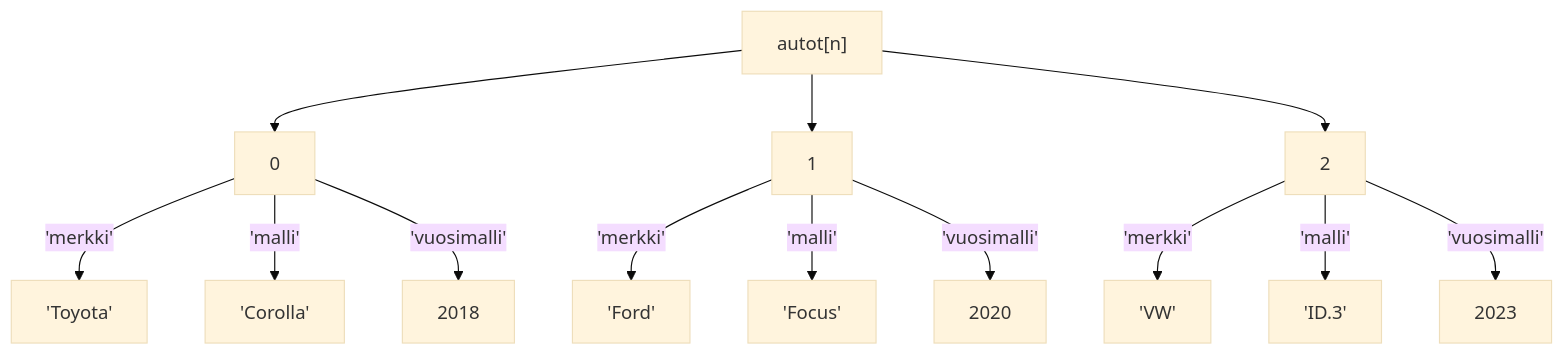
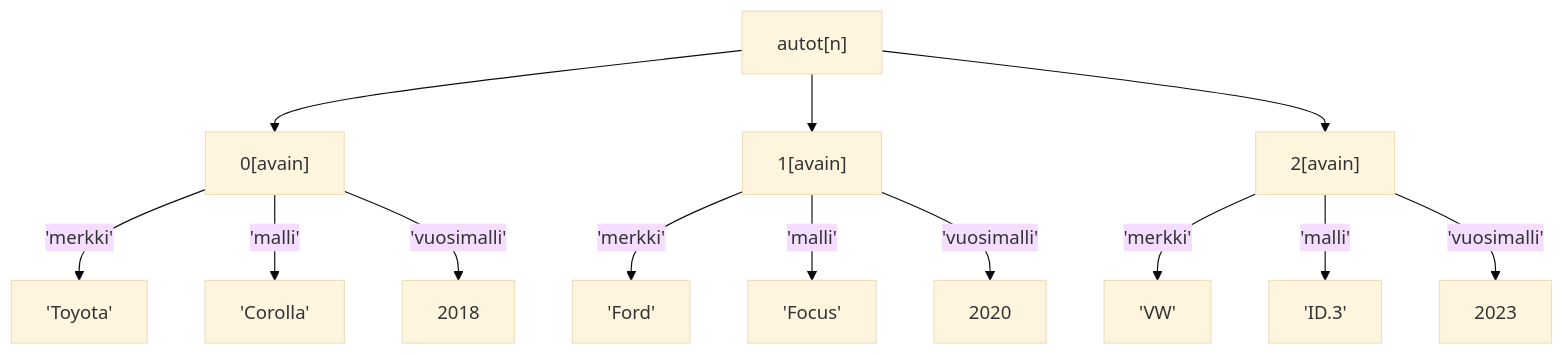
One commit to metropolia-sw/python changed the second of 2 diagrams in fi/07_Monikko_joukko_ja_sanakirja.md. Above: the diagram before and after it, drawn with Mermaid (base theme). The commit also changed other lines of this file and 1 other file, not shown here.

Commit message:
update mermaid diagrams; rm TODOs

````diff
--- a/fi/07_Monikko_joukko_ja_sanakirja.md
+++ b/fi/07_Monikko_joukko_ja_sanakirja.md
@@ -285,20 +247,20 @@
 ```mermaid
 graph TD
     A["autot[n]"]
 
-    A --> 0 
-    A --> 1 
-    A --> 2 
+    A --> 0["0[avain]"] 
+    A --> 1["1[avain]"]  
+    A --> 2["2[avain]"] 
 
     0 -- 'merkki' --> V1["'Toyota'"]
     0 -- 'malli' --> V2["'Corolla'"]
     0 -- 'vuosimalli' --> V3["2018"]
 
     1 -- 'merkki' --> V4["'Ford'"]
     1 -- 'malli' --> V5["'Focus'"]
     1 -- 'vuosimalli' --> V6["2020"]
 
     2 -- 'merkki' --> V7["'VW'"]
     2 -- 'malli' --> V8["'ID.3'"]
     2 -- 'vuosimalli' --> V9["2023"]
 ```
````
